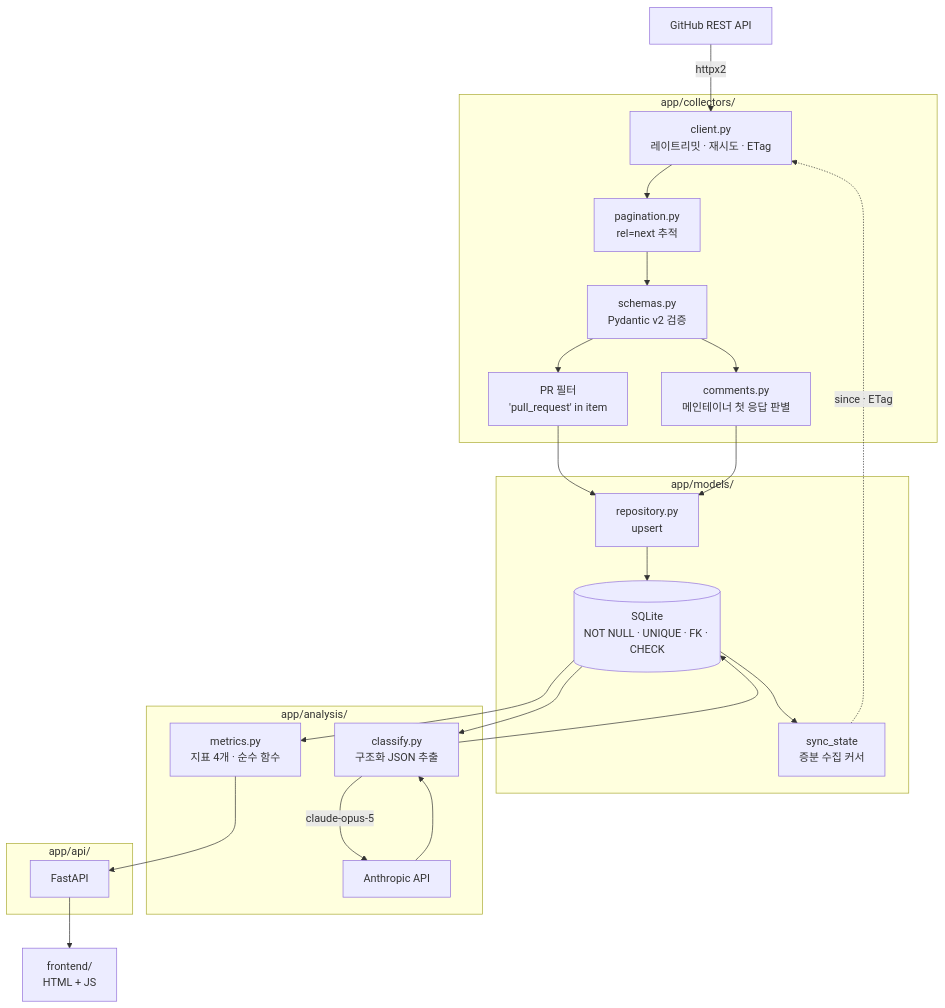
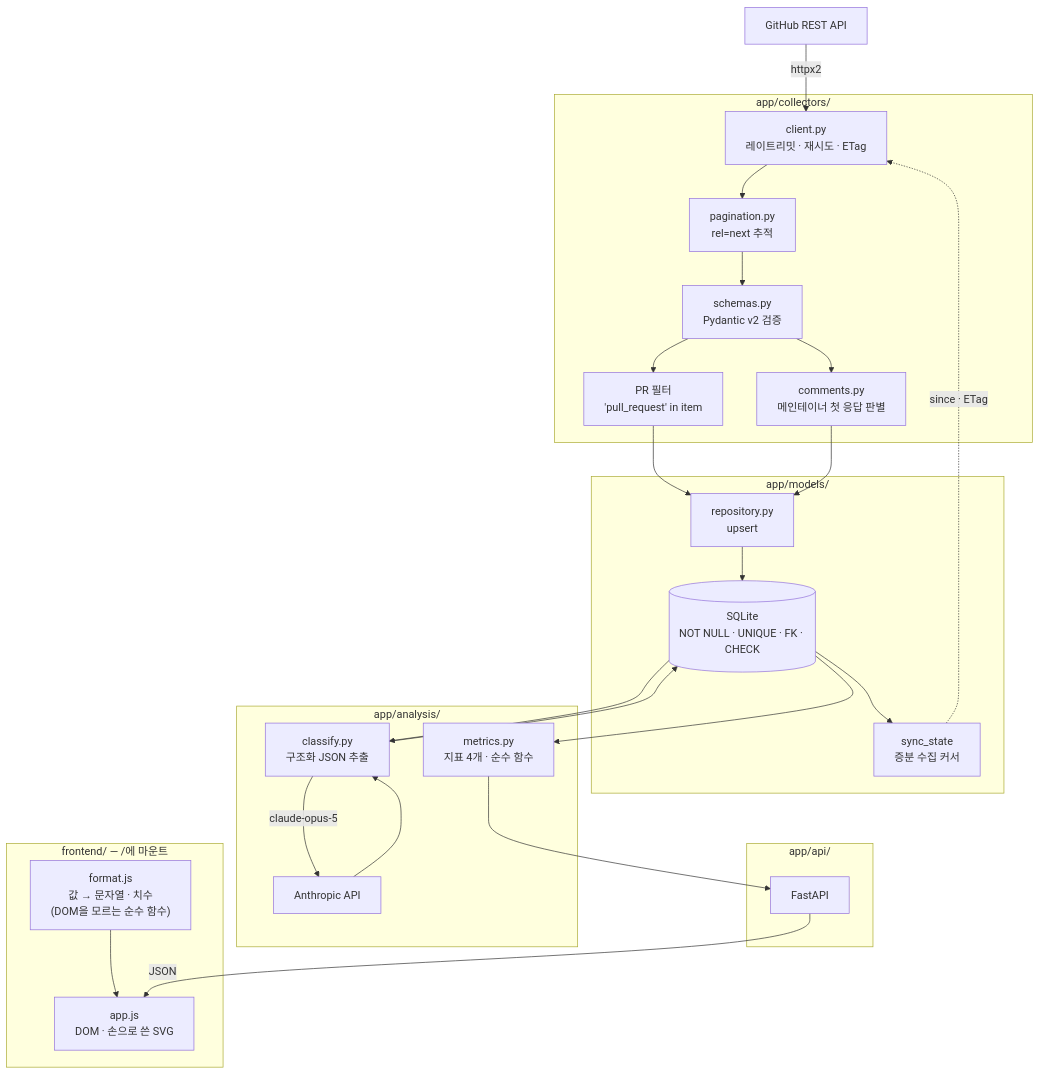
One commit to solremifa/oss-health-dashboard changed the diagram in README.md. Above: the diagram before and after it, drawn with Mermaid. The commit also changed other lines of this file and 12 other files, not shown here.

````diff
--- a/README.md
+++ b/README.md
@@ -44,38 +44,44 @@
 ```mermaid
 flowchart TB
     GH["GitHub REST API"] -->|httpx2| CL
 
     subgraph collectors["app/collectors/"]
         CL["client.py<br/>레이트리밋 · 재시도 · ETag"] --> PG["pagination.py<br/>rel=next 추적"]
         PG --> SC["schemas.py<br/>Pydantic v2 검증"]
         SC --> PF["PR 필터<br/>'pull_request' in item"]
         SC --> CM["comments.py<br/>메인테이너 첫 응답 판별"]
     end
 
     PF --> RP
     CM --> RP
 
     subgraph models["app/models/"]
         RP["repository.py<br/>upsert"] --> DB[("SQLite<br/>NOT NULL · UNIQUE · FK · CHECK")]
         SS["sync_state<br/>증분 수집 커서"] -.->|since · ETag| CL
         DB --> SS
     end
 
     DB --> AN
 
     subgraph analysis["app/analysis/"]
         AN["classify.py<br/>구조화 JSON 추출"] -->|claude-opus-5| ANT["Anthropic API"]
         ANT --> AN
         MT["metrics.py<br/>지표 4개 · 순수 함수"]
     end
 
     AN --> DB
     DB --> MT
     MT --> API
 
     subgraph apilayer["app/api/"]
         API["FastAPI"]
     end
 
-    API --> FE["frontend/<br/>HTML + JS"]
+    subgraph frontend["frontend/ — /에 마운트"]
+        FE["app.js<br/>DOM · 손으로 쓴 SVG"]
+        FM["format.js<br/>값 → 문자열 · 치수<br/>(DOM을 모르는 순수 함수)"]
+        FM --> FE
+    end
+
+    API -->|"JSON"| FE
 ```
````
